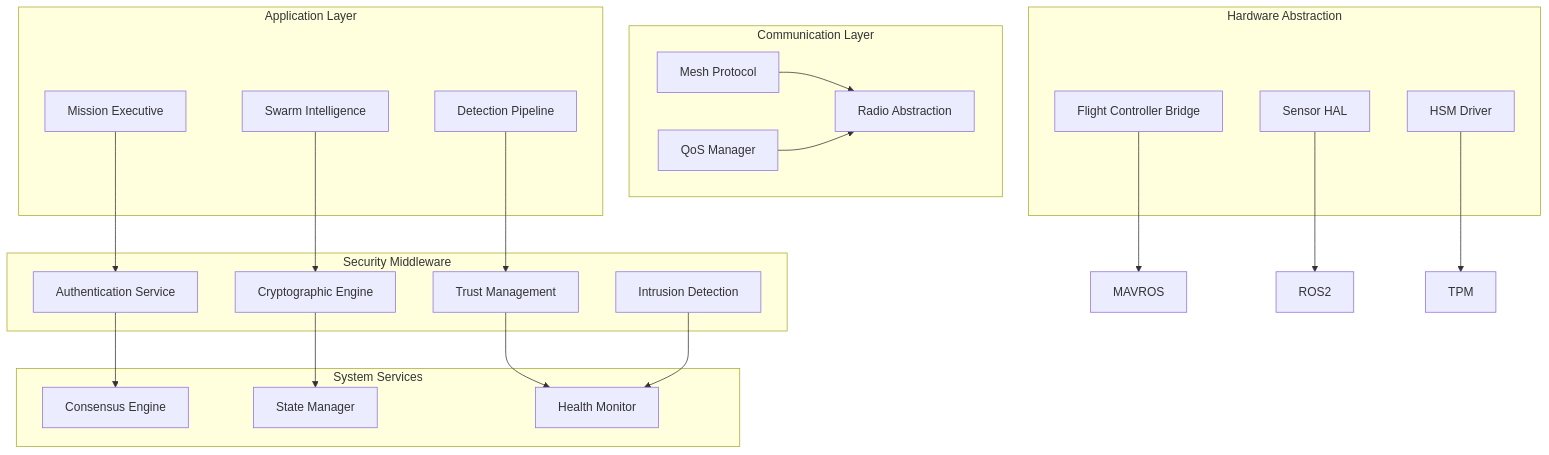
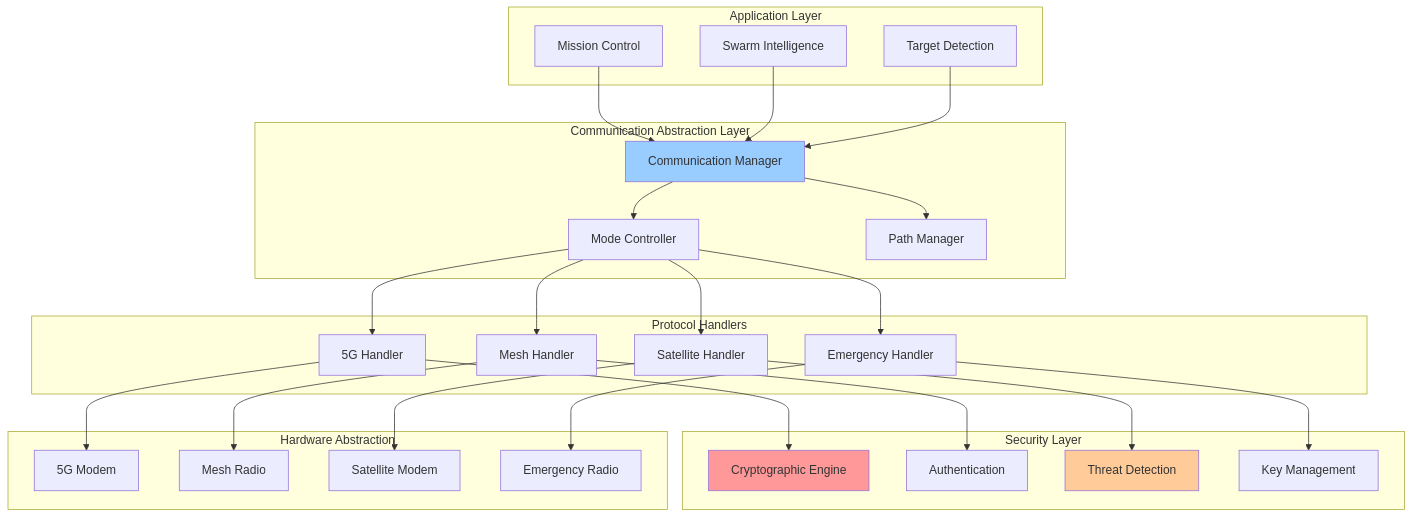
The sixth of 6 diagrams in README.md (ResQTerra/terrasearch-core), drawn with Mermaid before and after one commit. The commit also changed other lines of this file, not shown here.

````diff
--- a/README.md
+++ b/README.md
@@ -403,49 +551,61 @@
 ```mermaid
 graph TD
     subgraph "Application Layer"
-        MISSION[Mission Executive]
-        SWARM[Swarm Intelligence]
-        DETECT[Detection Pipeline]
+        MISSION_CTRL[Mission Control]
+        SWARM_INTEL[Swarm Intelligence] 
+        DETECTION[Target Detection]
     end
     
-    subgraph "Security Middleware"
-        AUTH[Authentication Service]
-        CRYPTO[Cryptographic Engine]
-        TRUST[Trust Management]
-        IDS[Intrusion Detection]
+    subgraph "Communication Abstraction Layer"
+        COMM_MGR[Communication Manager]
+        MODE_CTRL[Mode Controller]
+        PATH_MGR[Path Manager]
     end
     
-    subgraph "Communication Layer"
-        MESH[Mesh Protocol]
-        QOS[QoS Manager]
-        RADIO[Radio Abstraction]
+    subgraph "Protocol Handlers"
+        G5_HANDLER[5G Handler]
+        MESH_HANDLER[Mesh Handler]
+        SAT_HANDLER[Satellite Handler]
+        EMERGENCY_HANDLER[Emergency Handler]
     end
     
-    subgraph "System Services"
-        CONSENSUS[Consensus Engine]
-        STATE[State Manager]
-        MONITOR[Health Monitor]
+    subgraph "Security Layer"
+        CRYPTO[Cryptographic Engine]
+        AUTH[Authentication]
+        THREAT_DETECT[Threat Detection]
+        KEY_MGR[Key Management]
     end
     
     subgraph "Hardware Abstraction"
-        FC_BRIDGE[Flight Controller Bridge]
-        SENSOR_HAL[Sensor HAL]
-        HSM_DRIVER[HSM Driver]
+        G5_MODEM[5G Modem]
+        MESH_RADIO[Mesh Radio]
+        SAT_MODEM[Satellite Modem]
+        EMERGENCY_RADIO[Emergency Radio]
     end
     
-    MISSION --> AUTH
-    SWARM --> CRYPTO
-    DETECT --> TRUST
+    MISSION_CTRL --> COMM_MGR
+    SWARM_INTEL --> COMM_MGR
+    DETECTION --> COMM_MGR
     
-    AUTH --> CONSENSUS
-    CRYPTO --> STATE
-    TRUST --> MONITOR
-    IDS --> MONITOR
+    COMM_MGR --> MODE_CTRL
+    COMM_MGR --> PATH_MGR
     
-    MESH --> RADIO
-    QOS --> RADIO
+    MODE_CTRL --> G5_HANDLER
+    MODE_CTRL --> MESH_HANDLER
+    MODE_CTRL --> SAT_HANDLER
+    MODE_CTRL --> EMERGENCY_HANDLER
     
-    FC_BRIDGE --> MAVROS
-    SENSOR_HAL --> ROS2
-    HSM_DRIVER --> TPM
+    G5_HANDLER --> CRYPTO
+    MESH_HANDLER --> AUTH
+    SAT_HANDLER --> THREAT_DETECT
+    EMERGENCY_HANDLER --> KEY_MGR
+    
+    G5_HANDLER --> G5_MODEM
+    MESH_HANDLER --> MESH_RADIO
+    SAT_HANDLER --> SAT_MODEM
+    EMERGENCY_HANDLER --> EMERGENCY_RADIO
+    
+    style COMM_MGR fill:#99ccff
+    style CRYPTO fill:#ff9999
+    style THREAT_DETECT fill:#ffcc99
 ```
````
